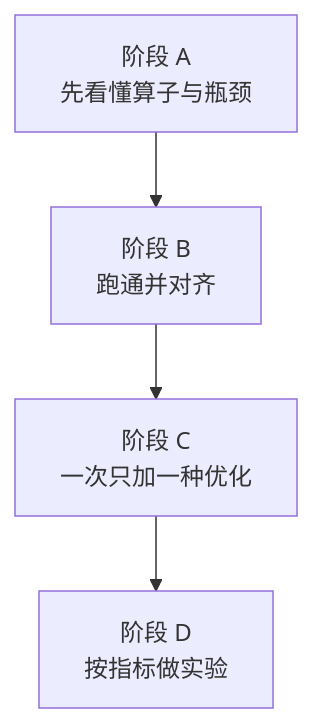
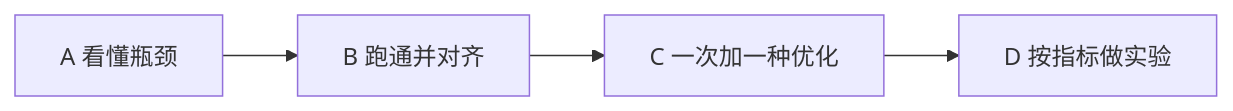
Before and after one commit to zhzssp/Wan2.2: the diagram in docs/ti2v_sme_arm_roadmap.md, drawn with Mermaid. The commit also changed other lines of this file and 2 other files, not shown here.

````diff
--- a/docs/ti2v_sme_arm_roadmap.md
+++ b/docs/ti2v_sme_arm_roadmap.md
@@ -62,6 +73,6 @@
 ```mermaid
-flowchart TD
-    A["阶段 A<br/>先看懂算子与瓶颈"] --> B["阶段 B<br/>跑通并对齐"]
-    B --> C["阶段 C<br/>一次只加一种优化"]
-    C --> D["阶段 D<br/>按指标做实验"]
+flowchart LR
+    A["A 看懂瓶颈"] --> B["B 跑通并对齐"]
+    B --> C["C 一次加一种优化"]
+    C --> D["D 按指标做实验"]
 ```
````
